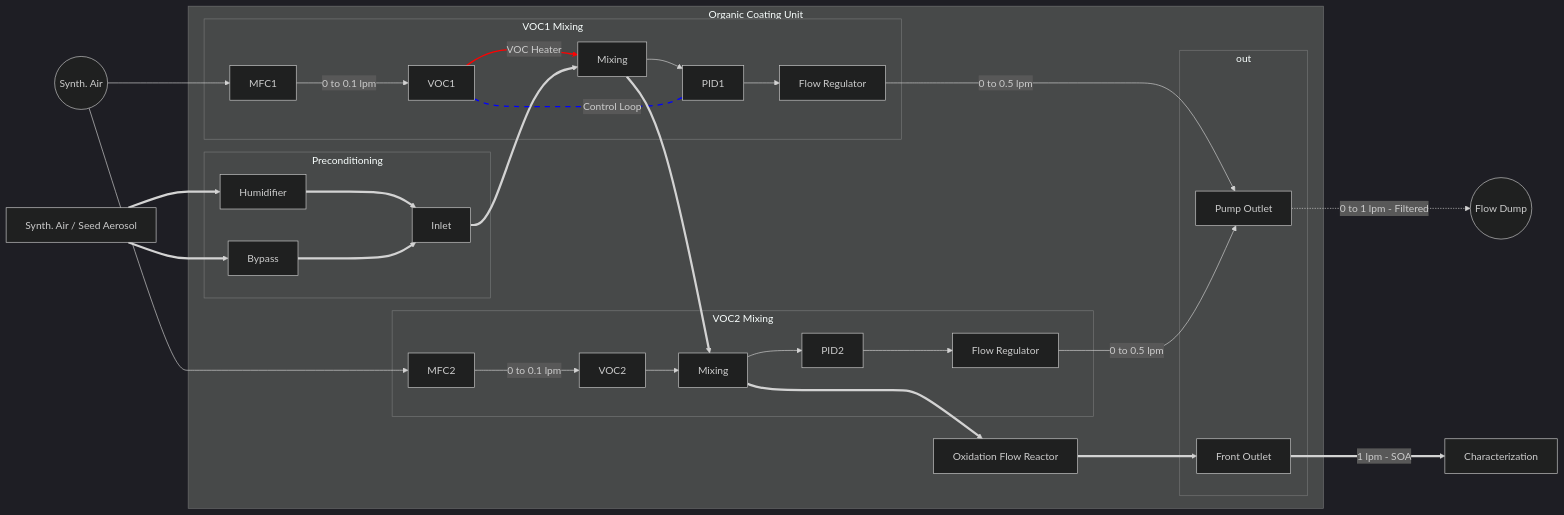
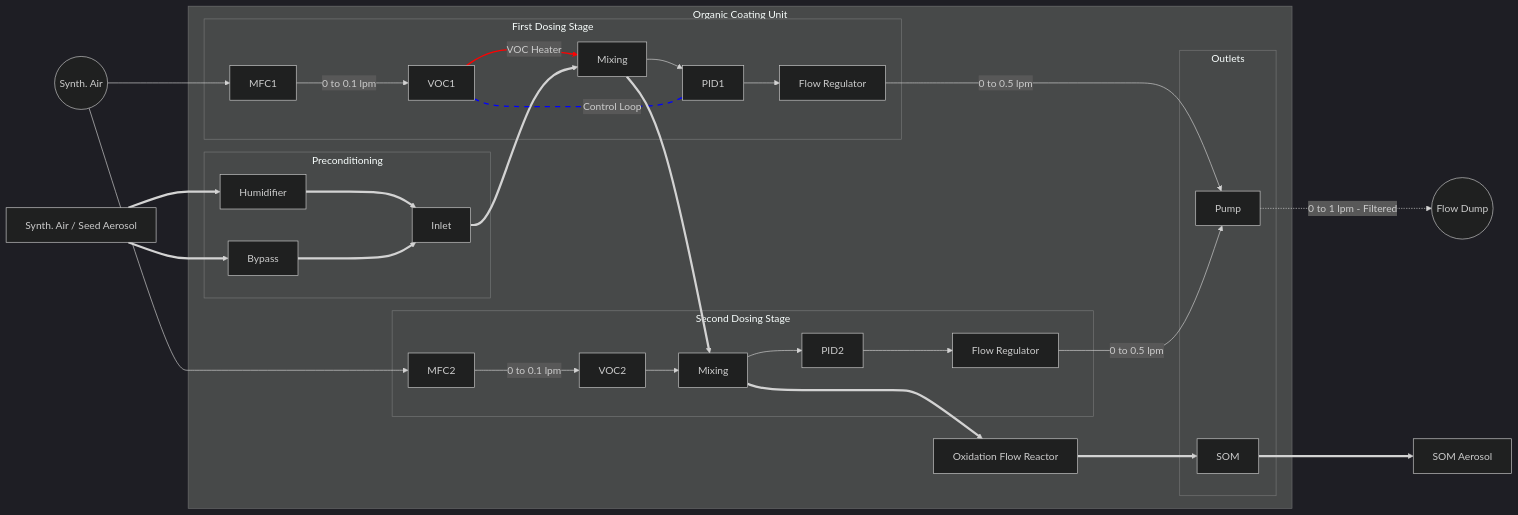
One commit to alejandrokeller/FATCAT-Scripts changed the first of 13 diagrams in docu/quickstart/mermaid.md. Above: the diagram before and after it, drawn with Mermaid (dark theme). The commit also changed other lines of this file, not shown here.

````diff
--- a/docu/quickstart/mermaid.md
+++ b/docu/quickstart/mermaid.md
@@ -4,45 +3,45 @@
 ```mermaid
 graph LR
    subgraph Organic Coating Unit
          subgraph Preconditioning
                   rH[Humidifier]
                   Bypass
                   Inlet
                   end
-         subgraph out
-                  FO[Front Outlet]
-                  PO[Pump Outlet]
+         subgraph Outlets
+                  FO[SOM]
+                  PO[Pump]
                   end
-         subgraph VOC1 Mixing
+         subgraph First Dosing Stage
                   MFC1
                   Mixing --> PID1
                   VOC1 -->|VOC Heater| Mixing
                   PID1 --> f1[Flow Regulator]
                   end
-         subgraph VOC2 Mixing
+         subgraph Second Dosing Stage
                   MFC2
                   M2[Mixing] --> PID2
                   VOC2 --> M2
                   PID2 --> f2[Flow Regulator]
                   end
          rH ==> Inlet
          Bypass ==> Inlet
          Inlet ==> Mixing
          MFC1 --> |0 to 0.1 lpm| VOC1
          VOC1 -.-|Control Loop| PID1
          Mixing ==> M2
          MFC2 --> |0 to 0.1 lpm| VOC2
          f1 --> |0 to 0.5 lpm| PO
          f2 --> |0 to 0.5 lpm| PO
          M2 ==> OFR[Oxidation Flow Reactor]
          OFR ==> FO
    end
 D((Synth. Air)) --> MFC1
 D --> MFC2
 A[Synth. Air / Seed Aerosol] ==> rH 
 A ==> Bypass
-FO ==> |1 lpm - SOA| E[Characterization]
+FO ==> E[SOM Aerosol]
 PO -.0 to 1 lpm - Filtered.-> F((Flow Dump))
 linkStyle 10 stroke:blue,stroke-width:2px,curve:natural,stroke-dasharray: 8 8;
 linkStyle 1 stroke:red,stroke-width:2px,curve:natural;
 ```
````
